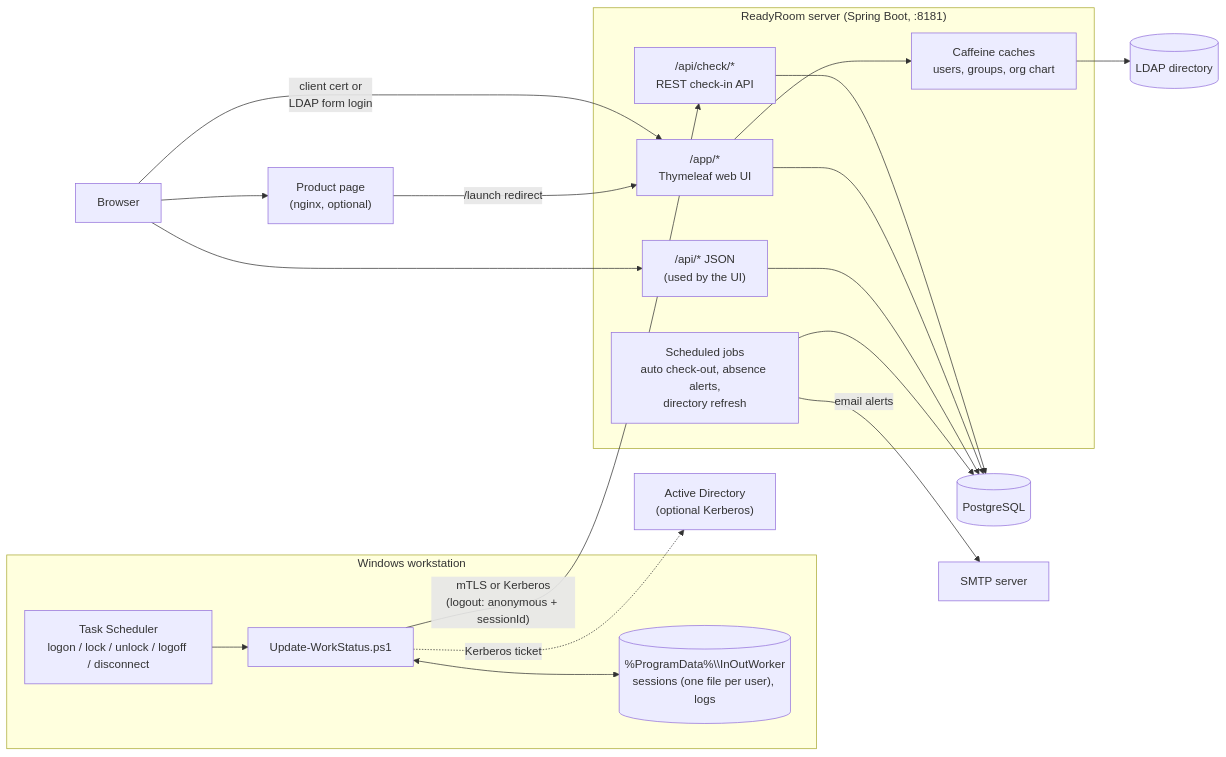
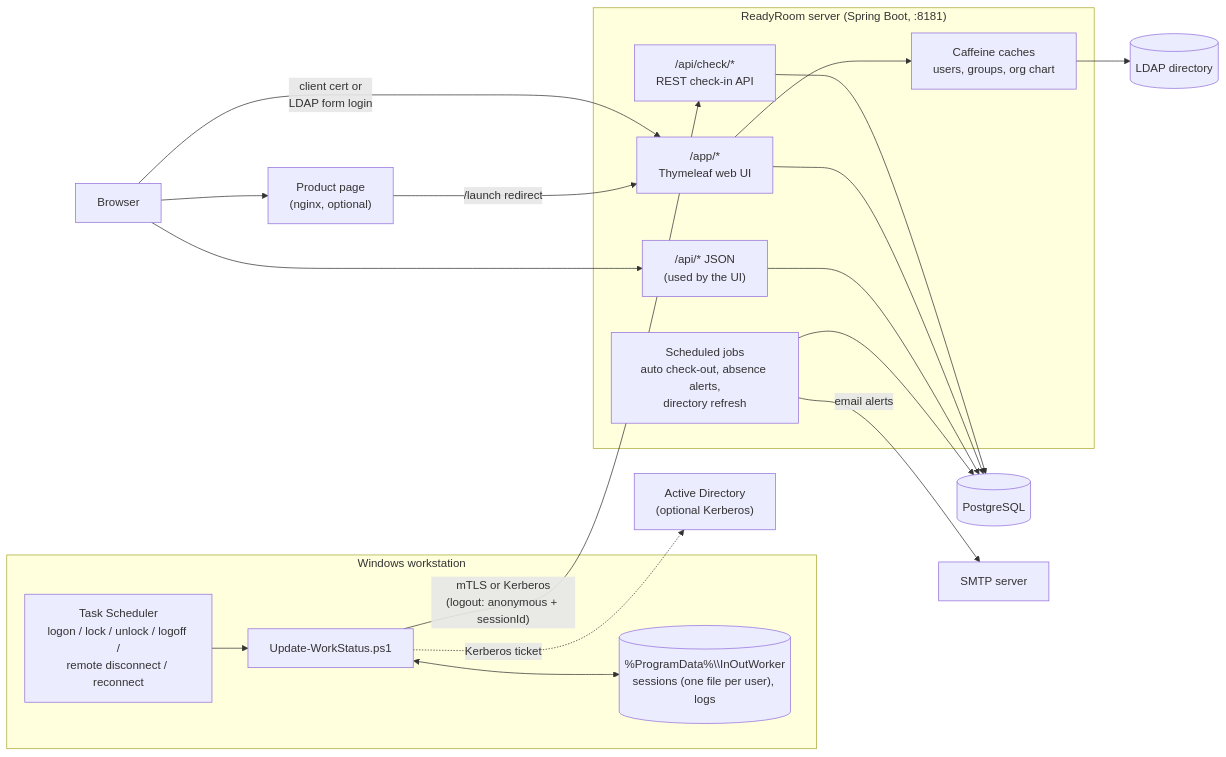
One commit to winllc/ens-apps-documentation changed the first of 2 diagrams in docs/readyroom/index.md. Above: the diagram before and after it, drawn with Mermaid. The commit also changed 11 other files, not shown here.

````diff
--- a/docs/readyroom/index.md
+++ b/docs/readyroom/index.md
@@ -46,39 +46,39 @@
 ```mermaid
 flowchart LR
     subgraph WS["Windows workstation"]
-        TS["Task Scheduler<br/>logon / lock / unlock / logoff / disconnect"]
+        TS["Task Scheduler<br/>logon / lock / unlock / logoff /<br/>remote disconnect / reconnect"]
         PS["Update-WorkStatus.ps1"]
         SF[("%ProgramData%\\InOutWorker<br/>sessions (one file per user), logs")]
         TS --> PS
         PS <--> SF
     end
 
     subgraph SRV["ReadyRoom server (Spring Boot, :8181)"]
         API["/api/check/*<br/>REST check-in API"]
         UI["/app/*<br/>Thymeleaf web UI"]
         REST["/api/* JSON<br/>(used by the UI)"]
         JOBS["Scheduled jobs<br/>auto check-out, absence alerts,<br/>directory refresh"]
         CACHE["Caffeine caches<br/>users, groups, org chart"]
     end
 
     BR["Browser"]
     PG[("PostgreSQL")]
     LDAP[("LDAP directory")]
     SMTP["SMTP server"]
     KDC["Active Directory<br/>(optional Kerberos)"]
     SITE["Product page<br/>(nginx, optional)"]
 
     PS -- "mTLS or Kerberos<br/>(logout: anonymous + sessionId)" --> API
     BR -- "client cert or<br/>LDAP form login" --> UI
     BR --> REST
     BR --> SITE
     SITE -- "/launch redirect" --> UI
     API --> PG
     UI --> PG
     REST --> PG
     JOBS --> PG
     CACHE --> LDAP
     UI --> CACHE
     JOBS -- "email alerts" --> SMTP
     PS -. "Kerberos ticket" .-> KDC
 ```
````
